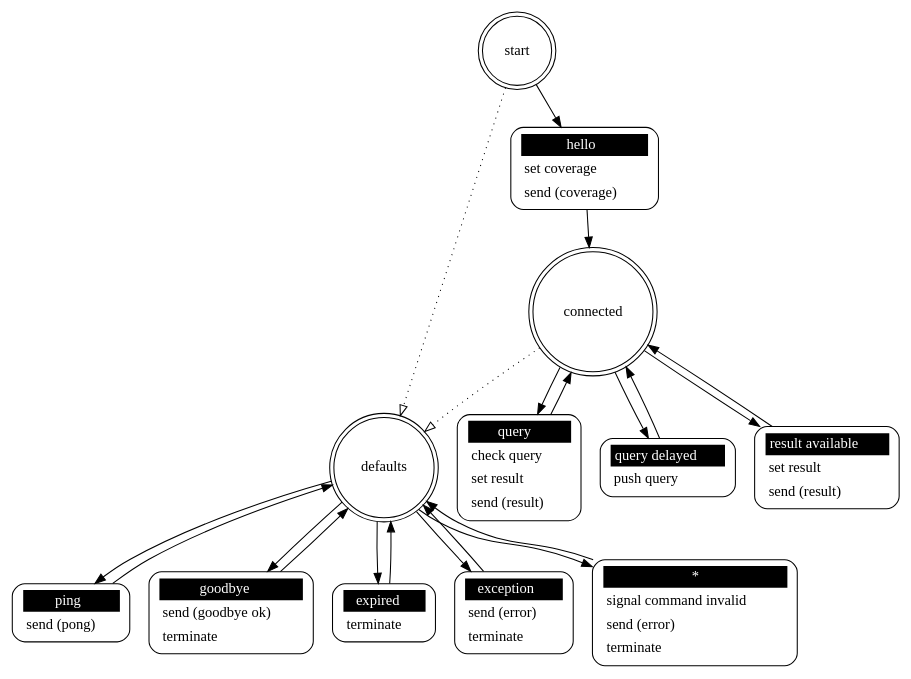
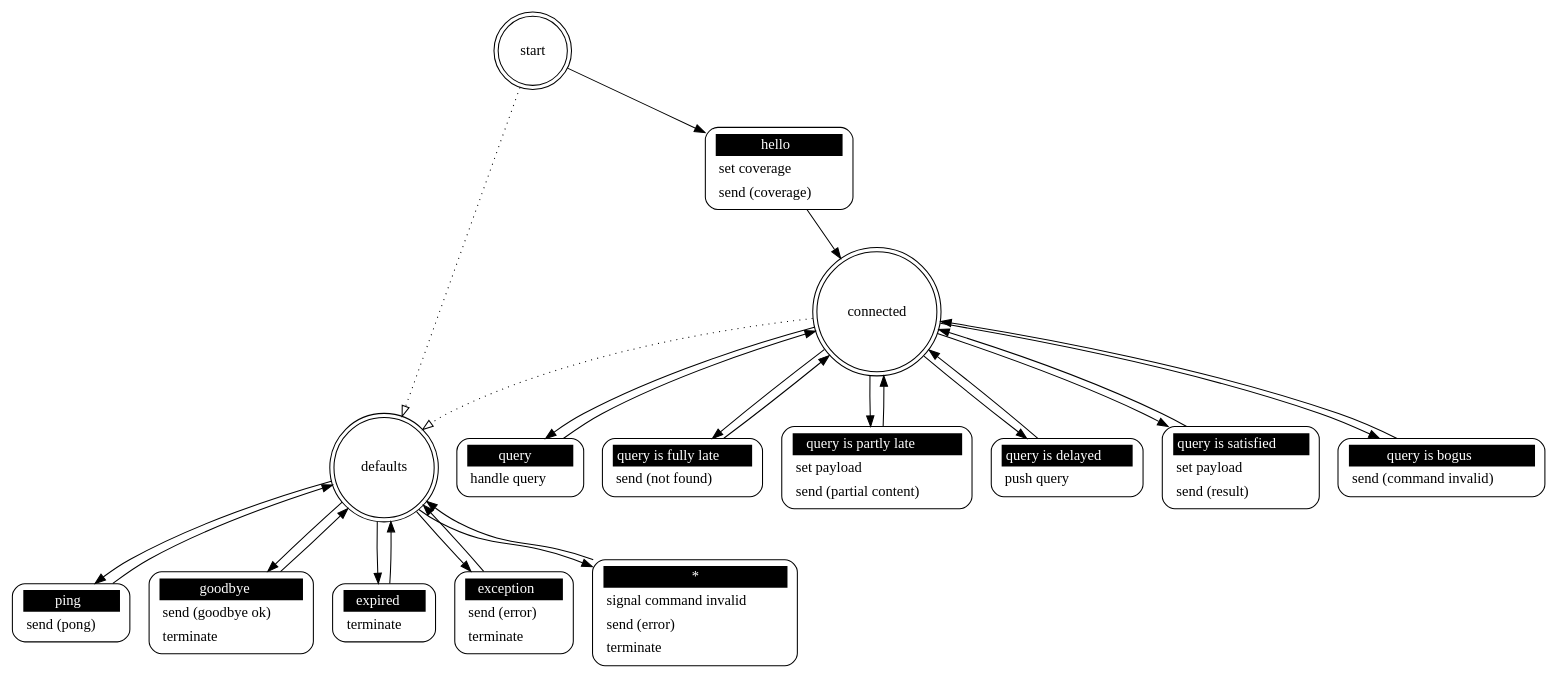
One commit to brettviren/tpquery changed the diagram in src/tpq_server.dot. Above: the diagram before and after it, drawn with Graphviz. The commit also changed 3 other files, not shown here.

```diff
--- a/src/tpq_server.dot
+++ b/src/tpq_server.dot
@@ -1,38 +1,47 @@
 ## Automatically generated from tpq_server.xml by gsl
 digraph "tpq_server" {
  "start" -> "defaults" [style=dotted,arrowhead=empty]
  "connected" -> "defaults" [style=dotted,arrowhead=empty]
 
  "start" [shape = "doublecircle"];
  "start hello" [shape = "Mrecord" style = solid label = <<table border="0" cellborder="0" cellpadding="3" bgcolor="white"><tr><td bgcolor="black" align="center" colspan="2"><font color="white">hello</font></td></tr><tr><td align="left" port="r3">set coverage</td></tr><tr><td align="left" port="r3">send (coverage)</td></tr></table>>];
  "start" -> "start hello";
  "start hello" -> "connected";
 
  "connected" [shape = "doublecircle"];
- "connected query" [shape = "Mrecord" style = solid label = <<table border="0" cellborder="0" cellpadding="3" bgcolor="white"><tr><td bgcolor="black" align="center" colspan="2"><font color="white">query</font></td></tr><tr><td align="left" port="r3">check query</td></tr><tr><td align="left" port="r3">set result</td></tr><tr><td align="left" port="r3">send (result)</td></tr></table>>];
+ "connected query" [shape = "Mrecord" style = solid label = <<table border="0" cellborder="0" cellpadding="3" bgcolor="white"><tr><td bgcolor="black" align="center" colspan="2"><font color="white">query</font></td></tr><tr><td align="left" port="r3">handle query</td></tr></table>>];
  "connected" -> "connected query";
  "connected query" -> "connected";
- "connected query delayed" [shape = "Mrecord" style = solid label = <<table border="0" cellborder="0" cellpadding="3" bgcolor="white"><tr><td bgcolor="black" align="center" colspan="2"><font color="white">query delayed</font></td></tr><tr><td align="left" port="r3">push query</td></tr></table>>];
- "connected" -> "connected query delayed";
- "connected query delayed" -> "connected";
- "connected result available" [shape = "Mrecord" style = solid label = <<table border="0" cellborder="0" cellpadding="3" bgcolor="white"><tr><td bgcolor="black" align="center" colspan="2"><font color="white">result available</font></td></tr><tr><td align="left" port="r3">set result</td></tr><tr><td align="left" port="r3">send (result)</td></tr></table>>];
- "connected" -> "connected result available";
- "connected result available" -> "connected";
+ "connected query is fully late" [shape = "Mrecord" style = solid label = <<table border="0" cellborder="0" cellpadding="3" bgcolor="white"><tr><td bgcolor="black" align="center" colspan="2"><font color="white">query is fully late</font></td></tr><tr><td align="left" port="r3">send (not found)</td></tr></table>>];
+ "connected" -> "connected query is fully late";
+ "connected query is fully late" -> "connected";
+ "connected query is partly late" [shape = "Mrecord" style = solid label = <<table border="0" cellborder="0" cellpadding="3" bgcolor="white"><tr><td bgcolor="black" align="center" colspan="2"><font color="white">query is partly late</font></td></tr><tr><td align="left" port="r3">set payload</td></tr><tr><td align="left" port="r3">send (partial content)</td></tr></table>>];
+ "connected" -> "connected query is partly late";
+ "connected query is partly late" -> "connected";
+ "connected query is delayed" [shape = "Mrecord" style = solid label = <<table border="0" cellborder="0" cellpadding="3" bgcolor="white"><tr><td bgcolor="black" align="center" colspan="2"><font color="white">query is delayed</font></td></tr><tr><td align="left" port="r3">push query</td></tr></table>>];
+ "connected" -> "connected query is delayed";
+ "connected query is delayed" -> "connected";
+ "connected query is satisfied" [shape = "Mrecord" style = solid label = <<table border="0" cellborder="0" cellpadding="3" bgcolor="white"><tr><td bgcolor="black" align="center" colspan="2"><font color="white">query is satisfied</font></td></tr><tr><td align="left" port="r3">set payload</td></tr><tr><td align="left" port="r3">send (result)</td></tr></table>>];
+ "connected" -> "connected query is satisfied";
+ "connected query is satisfied" -> "connected";
+ "connected query is bogus" [shape = "Mrecord" style = solid label = <<table border="0" cellborder="0" cellpadding="3" bgcolor="white"><tr><td bgcolor="black" align="center" colspan="2"><font color="white">query is bogus</font></td></tr><tr><td align="left" port="r3">send (command invalid)</td></tr></table>>];
+ "connected" -> "connected query is bogus";
+ "connected query is bogus" -> "connected";
 
  "defaults" [shape = "doublecircle"];
  "defaults ping" [shape = "Mrecord" style = solid label = <<table border="0" cellborder="0" cellpadding="3" bgcolor="white"><tr><td bgcolor="black" align="center" colspan="2"><font color="white">ping</font></td></tr><tr><td align="left" port="r3">send (pong)</td></tr></table>>];
  "defaults" -> "defaults ping";
  "defaults ping" -> "defaults";
  "defaults goodbye" [shape = "Mrecord" style = solid label = <<table border="0" cellborder="0" cellpadding="3" bgcolor="white"><tr><td bgcolor="black" align="center" colspan="2"><font color="white">goodbye</font></td></tr><tr><td align="left" port="r3">send (goodbye ok)</td></tr><tr><td align="left" port="r3">terminate</td></tr></table>>];
  "defaults" -> "defaults goodbye";
  "defaults goodbye" -> "defaults";
  "defaults expired" [shape = "Mrecord" style = solid label = <<table border="0" cellborder="0" cellpadding="3" bgcolor="white"><tr><td bgcolor="black" align="center" colspan="2"><font color="white">expired</font></td></tr><tr><td align="left" port="r3">terminate</td></tr></table>>];
  "defaults" -> "defaults expired";
  "defaults expired" -> "defaults";
  "defaults exception" [shape = "Mrecord" style = solid label = <<table border="0" cellborder="0" cellpadding="3" bgcolor="white"><tr><td bgcolor="black" align="center" colspan="2"><font color="white">exception</font></td></tr><tr><td align="left" port="r3">send (error)</td></tr><tr><td align="left" port="r3">terminate</td></tr></table>>];
  "defaults" -> "defaults exception";
  "defaults exception" -> "defaults";
  "defaults *" [shape = "Mrecord" style = solid label = <<table border="0" cellborder="0" cellpadding="3" bgcolor="white"><tr><td bgcolor="black" align="center" colspan="2"><font color="white">*</font></td></tr><tr><td align="left" port="r3">signal command invalid</td></tr><tr><td align="left" port="r3">send (error)</td></tr><tr><td align="left" port="r3">terminate</td></tr></table>>];
  "defaults" -> "defaults *";
  "defaults *" -> "defaults";
 }
```
